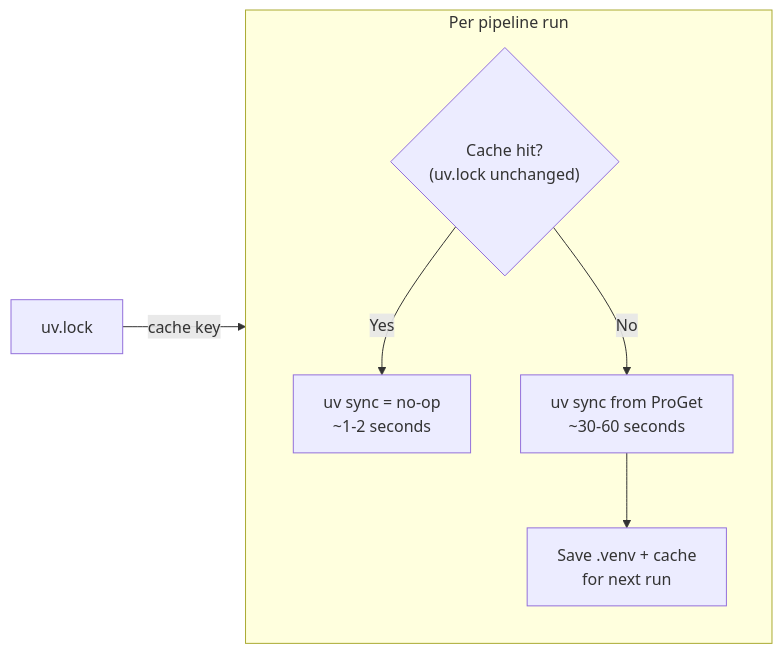
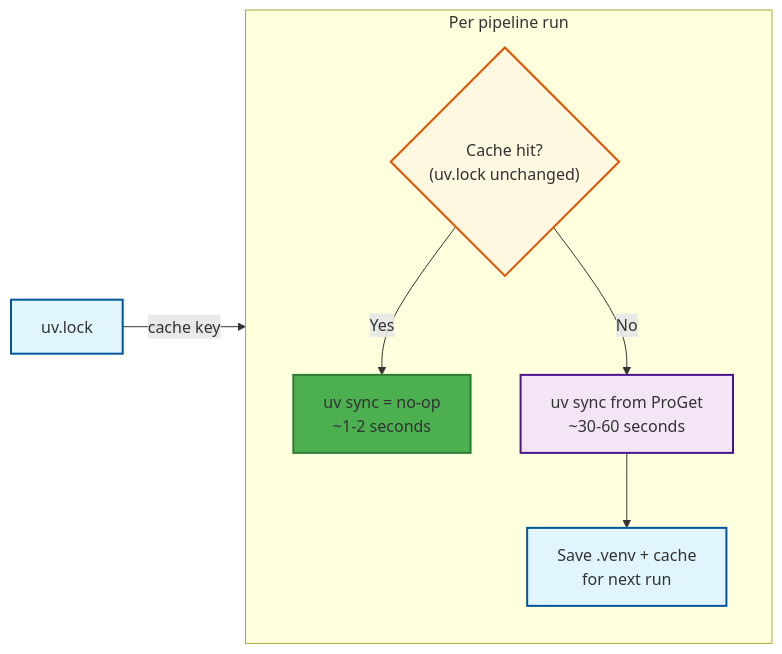
The seventh of 9 diagrams in README.md (victorvos/devops_agent), drawn with Mermaid before and after one commit. The commit also changed other lines of this file and 8 other files, not shown here.

First line of the commit message:
Apply team coding standards: Mermaid palette, test structure, workflow guidelines

````diff
--- a/README.md
+++ b/README.md
@@ -409,12 +441,19 @@
 ```mermaid
 flowchart LR
     subgraph "Per pipeline run"
         direction TB
         C{"Cache hit?<br/>(uv.lock unchanged)"}
         C -->|"Yes"| NOOP["uv sync = no-op<br/>~1-2 seconds"]
         C -->|"No"| SYNC["uv sync from ProGet<br/>~30-60 seconds"]
         SYNC --> SAVE["Save .venv + cache<br/>for next run"]
     end
 
     UV_LOCK["uv.lock"] -->|"cache key"| C
+
+    %% Styling
+    style C fill:#fff8e1,stroke:#e65100,stroke-width:2px,color:#black
+    style NOOP fill:#4caf50,stroke:#2e7d32,stroke-width:2px,color:#white
+    style SYNC fill:#f3e5f5,stroke:#4a148c,stroke-width:2px,color:#black
+    style SAVE fill:#e1f5fe,stroke:#01579b,stroke-width:2px,color:#black
+    style UV_LOCK fill:#e1f5fe,stroke:#01579b,stroke-width:2px,color:#black
 ```
````
